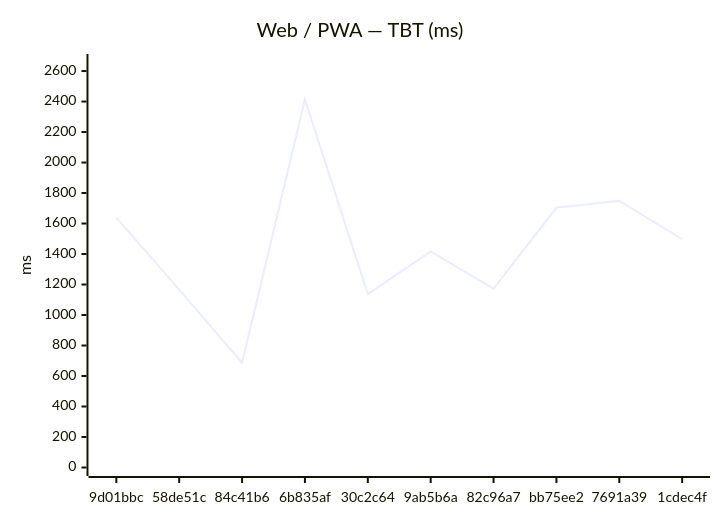
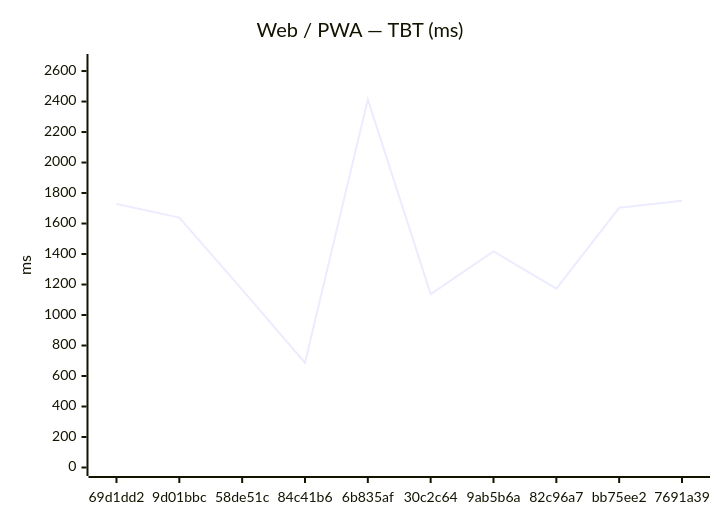
Before and after one commit to Metaheurist/Rianell: the second of 12 diagrams in benchmarks/compare.md, drawn with Mermaid. The commit also changed other lines of this file and 8 other files, not shown here.

````diff
--- a/benchmarks/compare.md
+++ b/benchmarks/compare.md
@@ -31,7 +31,7 @@
 ```mermaid
 xychart-beta
     title "Web / PWA — TBT (ms)"
-    x-axis ["9d01bbc", "58de51c", "84c41b6", "6b835af", "30c2c64", "9ab5b6a", "82c96a7", "bb75ee2", "7691a39", "1cdec4f"]
+    x-axis ["69d1dd2", "9d01bbc", "58de51c", "84c41b6", "6b835af", "30c2c64", "9ab5b6a", "82c96a7", "bb75ee2", "7691a39"]
     y-axis "ms" 0 --> 2656
-    line [1639, 1166, 687, 2414, 1137, 1417, 1173, 1703, 1749, 1497]
+    line [1729, 1639, 1166, 687, 2414, 1137, 1417, 1173, 1703, 1749]
 ```
````
